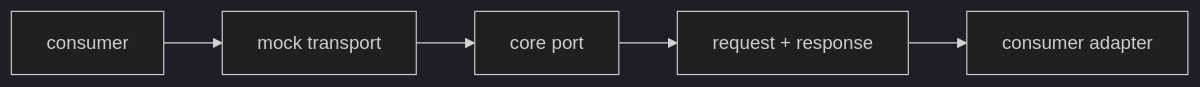
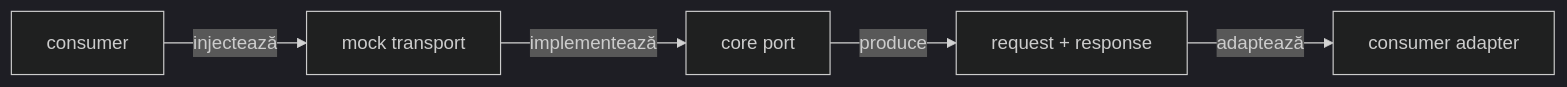
One commit to crististefanita/demo2 changed the second of 3 diagrams in atf-mock/README.md. Above: the diagram before and after it, drawn with Mermaid (dark theme). The commit also changed other lines of this file and 102 other files, not shown here.

````diff
--- a/atf-mock/README.md
+++ b/atf-mock/README.md
@@ -52,7 +52,7 @@
 ```mermaid
 flowchart LR
-    Consumer["consumer"] --> Mock["mock transport"]
-    Mock --> Core["core port"]
-    Core --> Evidence["request + response"]
-    Evidence --> Adapter["consumer adapter"]
+    Consumer["consumer"] -->|injectează| Mock["mock transport"]
+    Mock -->|implementează| Core["core port"]
+    Core -->|produce| Evidence["request + response"]
+    Evidence -->|adaptează| Adapter["consumer adapter"]
 ```
````
